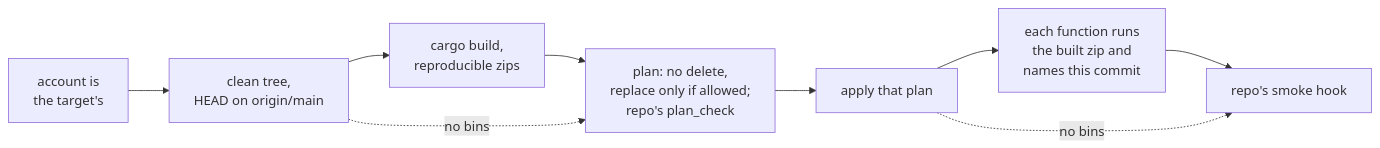
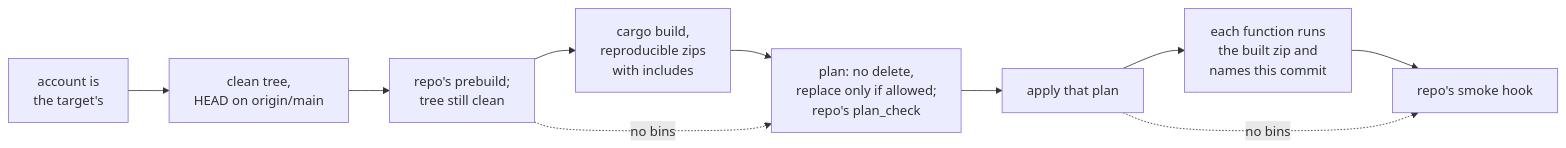
Before and after one commit to stackwell-labs/shared-terraform: the second of 2 diagrams in README.md, drawn with Mermaid. The commit also changed other lines of this file and 2 other files, not shown here.

First line of the commit message:
deploy-lambda: a prebuild hook and a bin's include, for files beside bootstrap

````diff
--- a/README.md
+++ b/README.md
@@ -279,11 +279,12 @@
 ```mermaid
 flowchart LR
   A[account is<br>the target's] --> B[clean tree,<br>HEAD on origin/main]
-  B --> C[cargo build,<br>reproducible zips]
+  B --> P[repo's prebuild;<br>tree still clean]
+  P --> C[cargo build,<br>reproducible zips<br>with includes]
   C --> D[plan: no delete,<br>replace only if allowed;<br>repo's plan_check]
   D --> E[apply that plan]
   E --> F[each function runs<br>the built zip and<br>names this commit]
   F --> G[repo's smoke hook]
-  B -. no bins .-> D
+  P -. no bins .-> D
   E -. no bins .-> G
 ```
````
